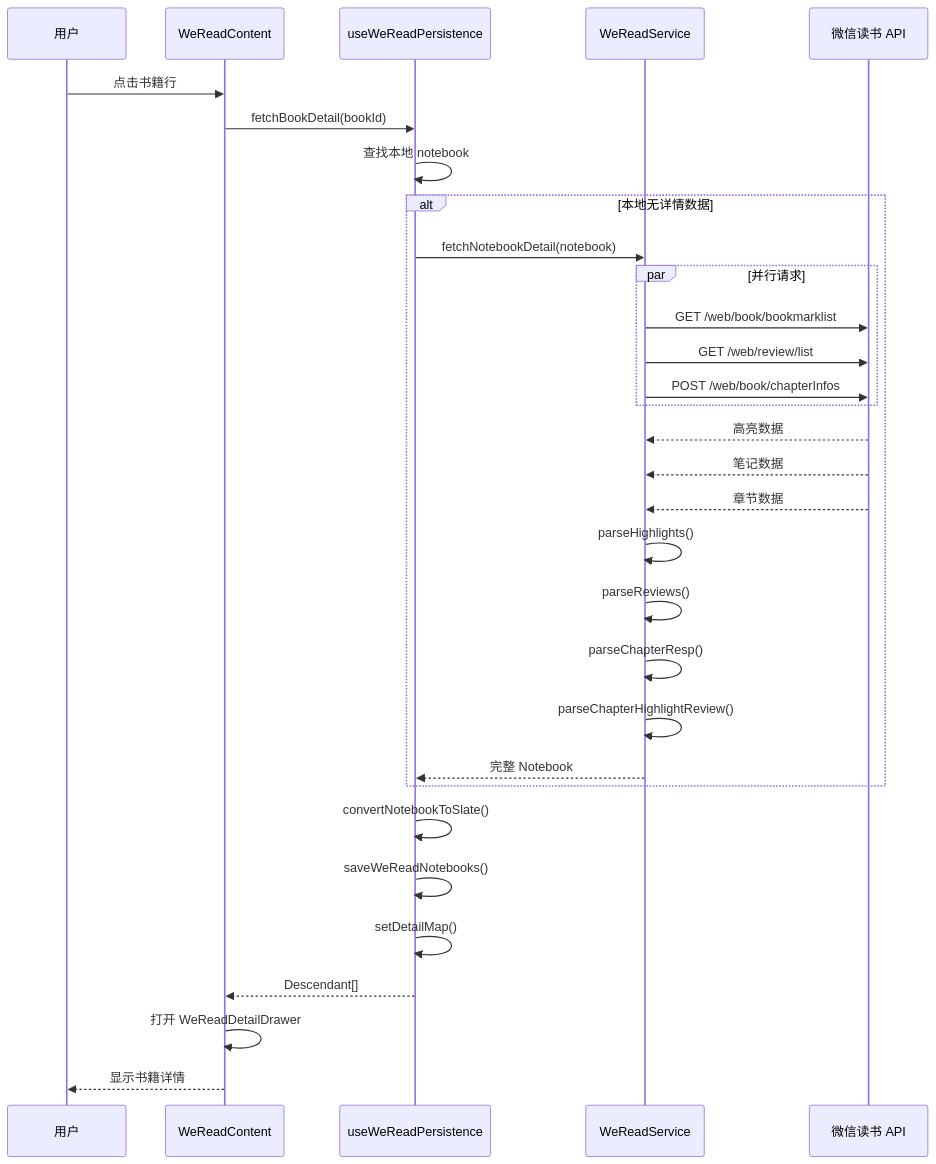
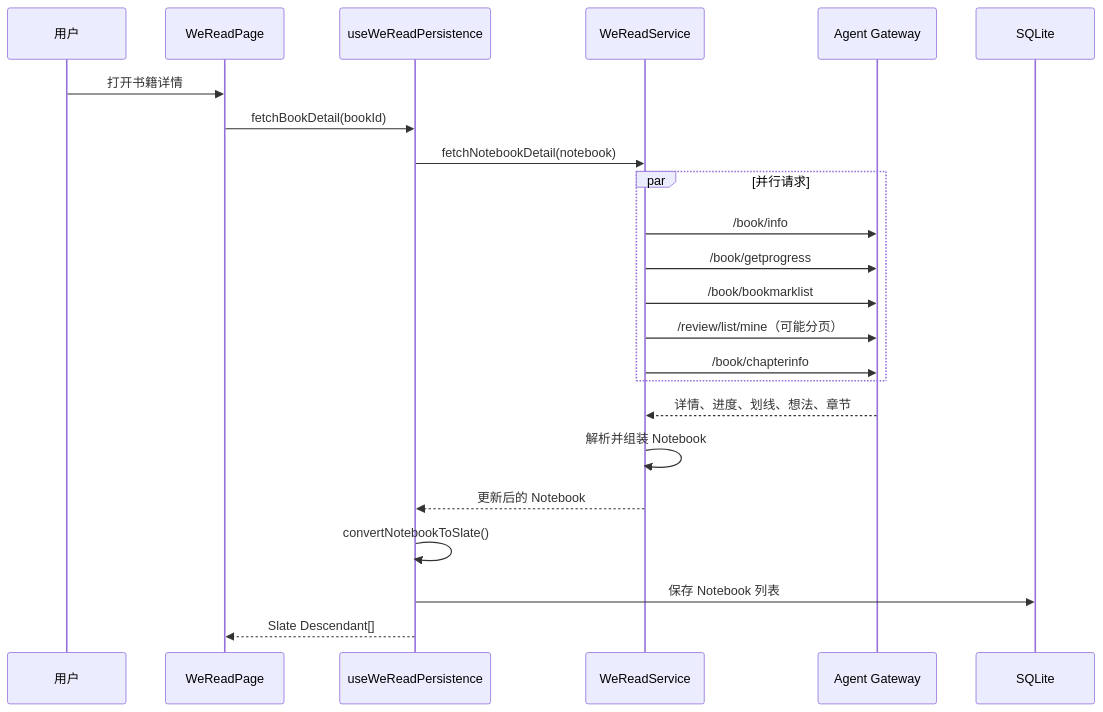
Before and after one commit to LastKnightCoder/editor: the fifth of 6 diagrams in docs/weread-data-flow.md, drawn with Mermaid. The commit also changed other lines of this file, not shown here.

````diff
--- a/docs/weread-data-flow.md
+++ b/docs/weread-data-flow.md
@@ -253,40 +326,26 @@
 ```mermaid
 sequenceDiagram
     participant User as 用户
-    participant UI as WeReadContent
+    participant Page as WeReadPage
     participant Hook as useWeReadPersistence
     participant Service as WeReadService
-    participant API as 微信读书 API
+    participant Gateway as Agent Gateway
+    participant DB as SQLite
 
-    User->>UI: 点击书籍行
-    UI->>Hook: fetchBookDetail(bookId)
-    Hook->>Hook: 查找本地 notebook
-
-    alt 本地无详情数据
-        Hook->>Service: fetchNotebookDetail(notebook)
-
-        par 并行请求
-            Service->>API: GET /web/book/bookmarklist
-            Service->>API: GET /web/review/list
-            Service->>API: POST /web/book/chapterInfos
-        end
-
-        API-->>Service: 高亮数据
-        API-->>Service: 笔记数据
-        API-->>Service: 章节数据
-
-        Service->>Service: parseHighlights()
-        Service->>Service: parseReviews()
-        Service->>Service: parseChapterResp()
-        Service->>Service: parseChapterHighlightReview()
-
-        Service-->>Hook: 完整 Notebook
+    User->>Page: 打开书籍详情
+    Page->>Hook: fetchBookDetail(bookId)
+    Hook->>Service: fetchNotebookDetail(notebook)
+    par 并行请求
+        Service->>Gateway: /book/info
+        Service->>Gateway: /book/getprogress
+        Service->>Gateway: /book/bookmarklist
+        Service->>Gateway: /review/list/mine（可能分页）
+        Service->>Gateway: /book/chapterinfo
     end
-
+    Gateway-->>Service: 详情、进度、划线、想法、章节
+    Service->>Service: 解析并组装 Notebook
+    Service-->>Hook: 更新后的 Notebook
     Hook->>Hook: convertNotebookToSlate()
-    Hook->>Hook: saveWeReadNotebooks()
-    Hook->>Hook: setDetailMap()
-    Hook-->>UI: Descendant[]
-    UI->>UI: 打开 WeReadDetailDrawer
-    UI-->>User: 显示书籍详情
+    Hook->>DB: 保存 Notebook 列表
+    Hook-->>Page: Slate Descendant[]
 ```
````
